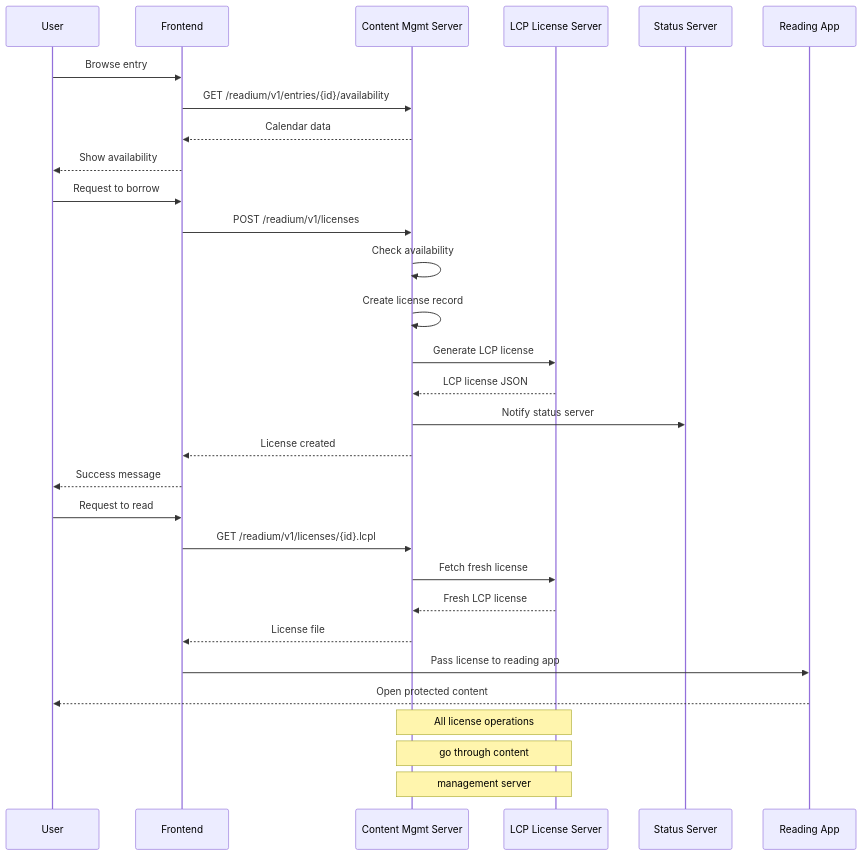
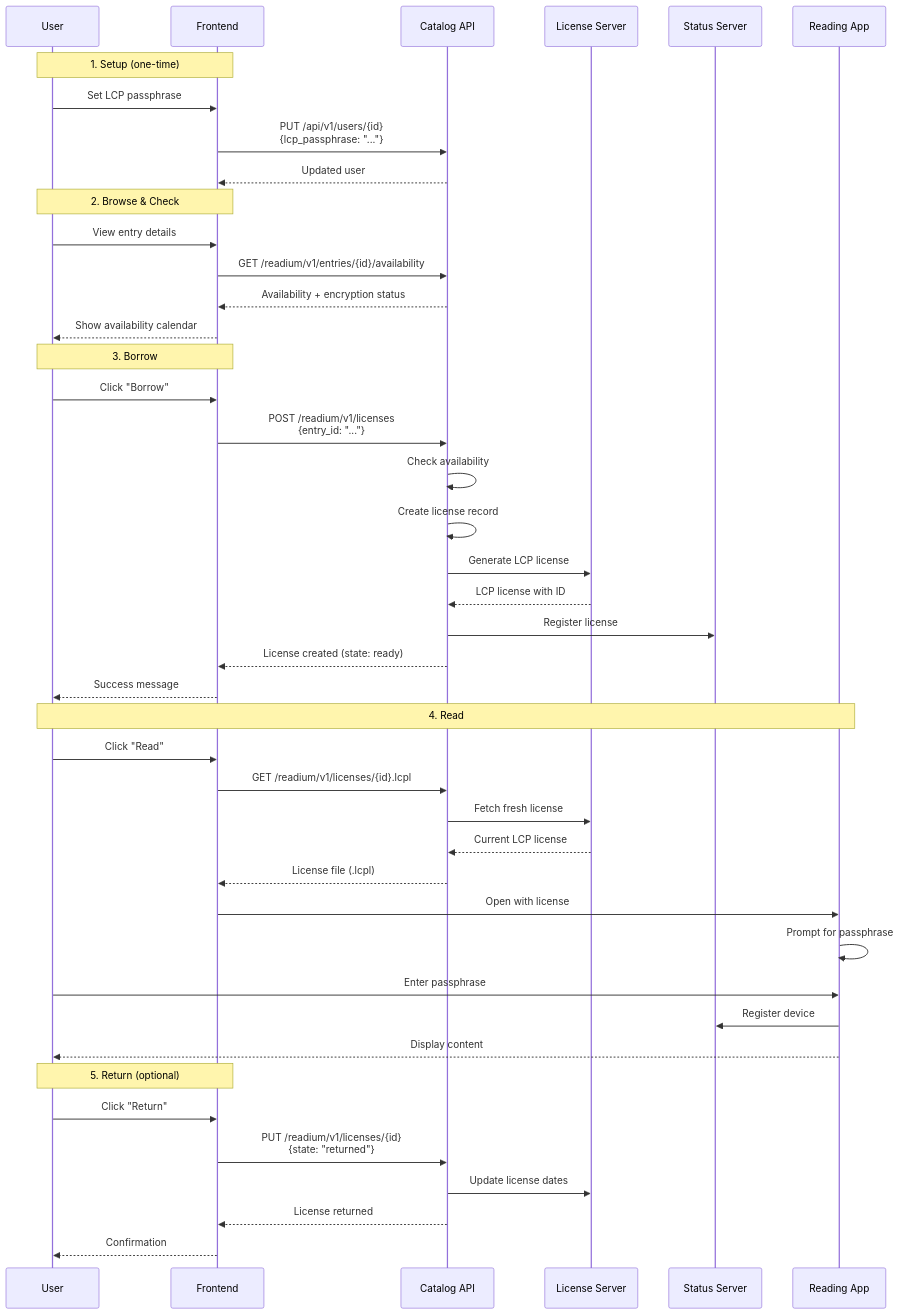
One commit to EvilFlowersCatalog/EvilFlowersCatalog changed the third of 3 diagrams in docs/readium/frontend-integration-guide.md. Above: the diagram before and after it, drawn with Mermaid. The commit also changed other lines of this file and 1 other file, not shown here.

Commit message:
Remove `REFACTORING_PLAN.md` and update `frontend-integration-guide.md` to reflect recent LCP refactoring

````diff
--- a/docs/readium/frontend-integration-guide.md
+++ b/docs/readium/frontend-integration-guide.md
@@ -370,36 +421,50 @@
 ```mermaid
 sequenceDiagram
     participant U as User
     participant F as Frontend
-    participant API as Content Mgmt Server
-    participant LS as LCP License Server
+    participant API as Catalog API
+    participant LS as License Server
     participant SS as Status Server
     participant R as Reading App
-    
-    U->>F: Browse entry
+
+    Note over U,F: 1. Setup (one-time)
+    U->>F: Set LCP passphrase
+    F->>API: PUT /api/v1/users/{id}<br/>{lcp_passphrase: "..."}
+    API-->>F: Updated user
+
+    Note over U,F: 2. Browse & Check
+    U->>F: View entry details
     F->>API: GET /readium/v1/entries/{id}/availability
-    API-->>F: Calendar data
-    F-->>U: Show availability
-    
-    U->>F: Request to borrow
-    F->>API: POST /readium/v1/licenses
+    API-->>F: Availability + encryption status
+    F-->>U: Show availability calendar
+
+    Note over U,F: 3. Borrow
+    U->>F: Click "Borrow"
+    F->>API: POST /readium/v1/licenses<br/>{entry_id: "..."}
     API->>API: Check availability
     API->>API: Create license record
     API->>LS: Generate LCP license
-    LS-->>API: LCP license JSON
-    API->>SS: Notify status server
-    API-->>F: License created
+    LS-->>API: LCP license with ID
+    API->>SS: Register license
+    API-->>F: License created (state: ready)
     F-->>U: Success message
-    
-    U->>F: Request to read
+
+    Note over U,R: 4. Read
+    U->>F: Click "Read"
     F->>API: GET /readium/v1/licenses/{id}.lcpl
     API->>LS: Fetch fresh license
-    LS-->>API: Fresh LCP license
-    API-->>F: License file
-    F->>R: Pass license to reading app
-    R-->>U: Open protected content
-    
-    Note over API,LS: All license operations
-    Note over API,LS: go through content
-    Note over API,LS: management server
+    LS-->>API: Current LCP license
+    API-->>F: License file (.lcpl)
+    F->>R: Open with license
+    R->>R: Prompt for passphrase
+    U->>R: Enter passphrase
+    R->>SS: Register device
+    R-->>U: Display content
+
+    Note over U,F: 5. Return (optional)
+    U->>F: Click "Return"
+    F->>API: PUT /readium/v1/licenses/{id}<br/>{state: "returned"}
+    API->>LS: Update license dates
+    API-->>F: License returned
+    F-->>U: Confirmation
 ```
````
